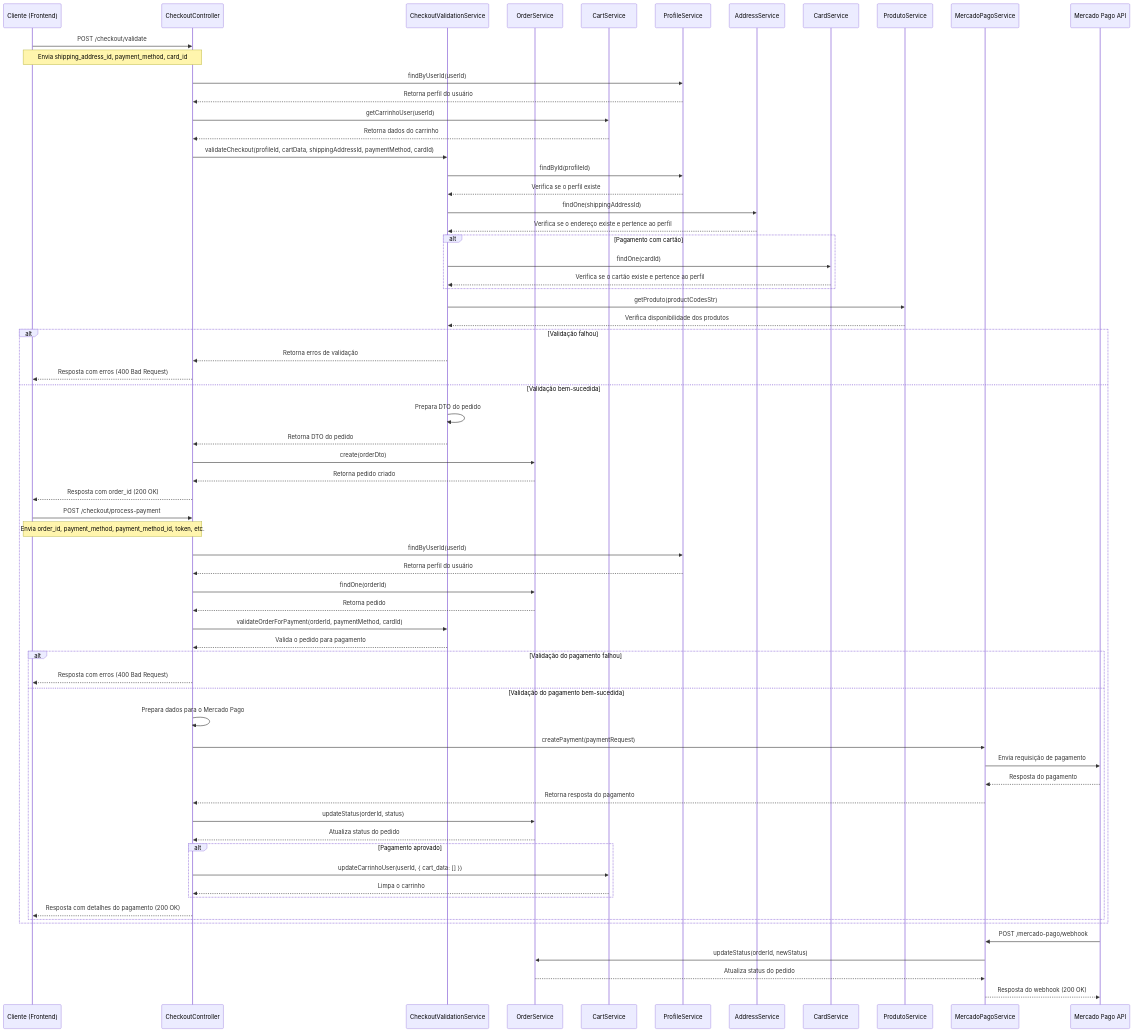
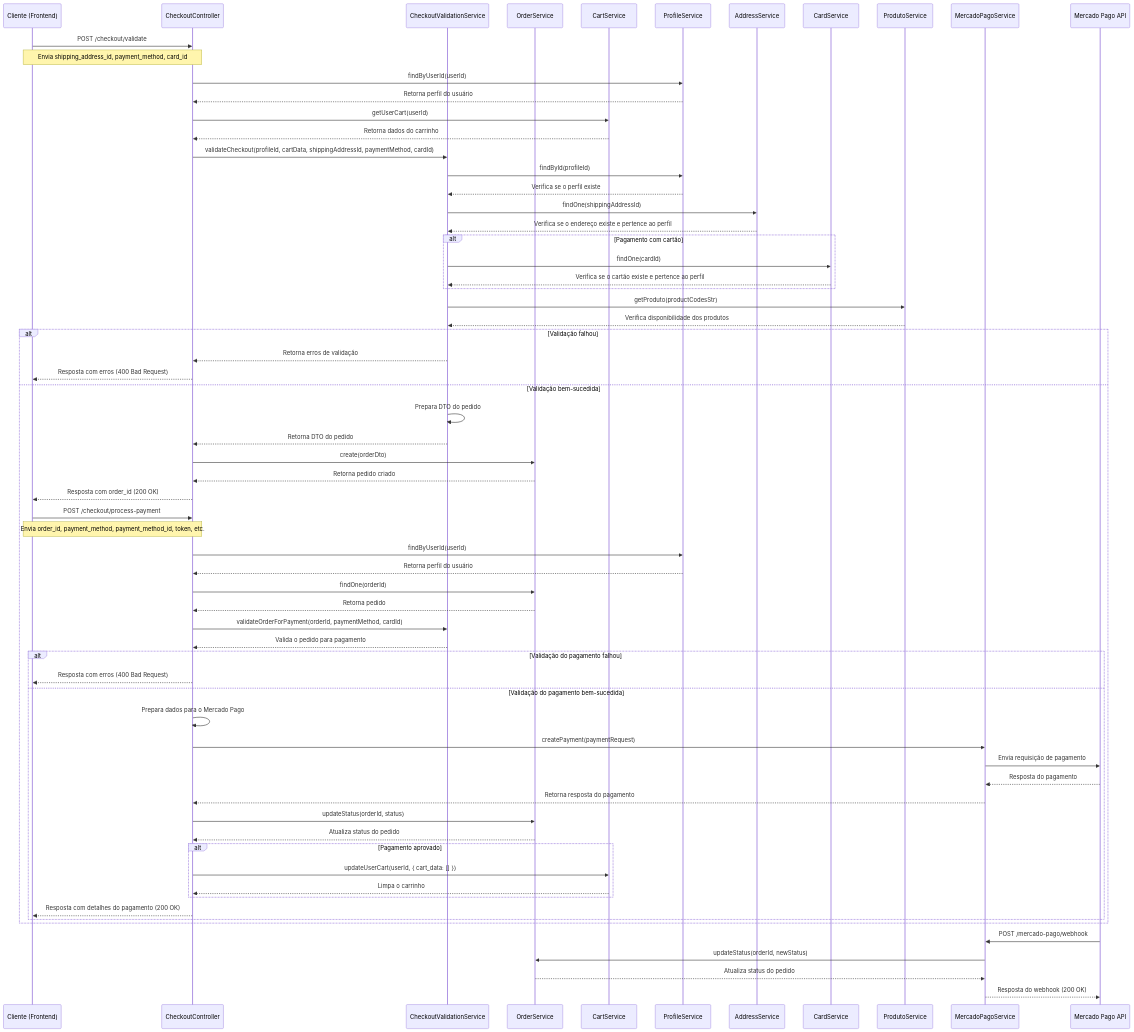
Before and after one commit to limaelton-dev/b2cBack: the diagram in docs/checkout-sequence-diagram.md, drawn with Mermaid. The commit also changed 3 other files, not shown here.

```diff
--- a/docs/checkout-sequence-diagram.md
+++ b/docs/checkout-sequence-diagram.md
@@ -21,7 +21,7 @@
     Note over Cliente,CC: Envia shipping_address_id, payment_method, card_id
     CC->>PS: findByUserId(userId)
     PS-->>CC: Retorna perfil do usuário
-    CC->>CS: getCarrinhoUser(userId)
+    CC->>CS: getUserCart(userId)
     CS-->>CC: Retorna dados do carrinho
     
     CC->>CVS: validateCheckout(profileId, cartData, shippingAddressId, paymentMethod, cardId)
@@ -78,7 +78,7 @@
             OS-->>CC: Atualiza status do pedido
             
             alt Pagamento aprovado
-                CC->>CS: updateCarrinhoUser(userId, { cart_data: [] })
+                CC->>CS: updateUserCart(userId, { cart_data: [] })
                 CS-->>CC: Limpa o carrinho
             end
             
```
